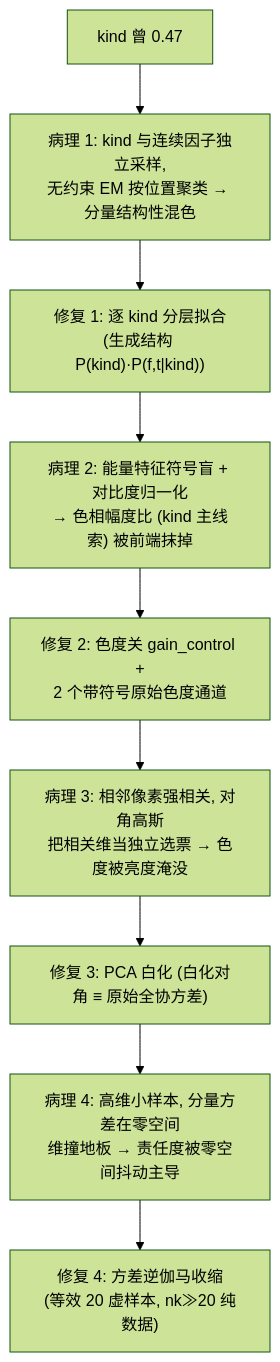
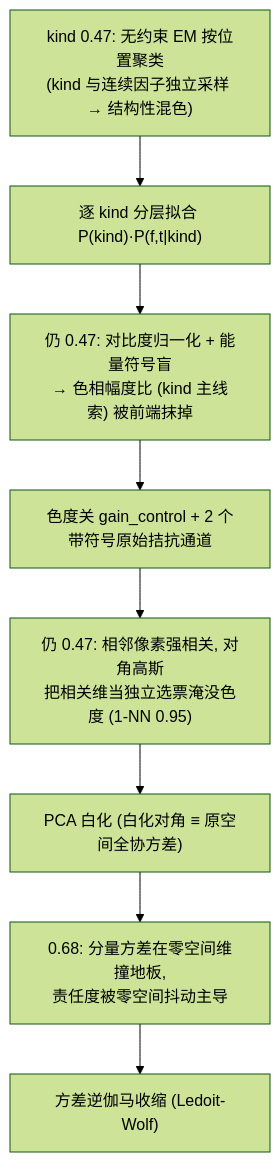
The second of 4 diagrams in docs/architecture.md (aki-xavier/conger), drawn with Mermaid (forest theme) before and after one commit. The commit also changed other lines of this file and 8 other files, not shown here.

````diff
--- a/docs/architecture.md
+++ b/docs/architecture.md
@@ -39,11 +43,11 @@
 ```mermaid
 flowchart TD
-    Q1["kind 曾 0.47"] --> A1["病理 1: kind 与连续因子独立采样,<br/>无约束 EM 按位置聚类 → 分量结构性混色"]
-    A1 --> F1["修复 1: 逐 kind 分层拟合<br/>(生成结构 P(kind)·P(f,t|kind))"]
-    F1 --> A2["病理 2: 能量特征符号盲 + 对比度归一化<br/>→ 色相幅度比 (kind 主线索) 被前端抹掉"]
-    A2 --> F2["修复 2: 色度关 gain_control +<br/>2 个带符号原始色度通道"]
-    F2 --> A3["病理 3: 相邻像素强相关, 对角高斯<br/>把相关维当独立选票 → 色度被亮度淹没"]
-    A3 --> F3["修复 3: PCA 白化 (白化对角 ≡ 原始全协方差)"]
-    F3 --> A4["病理 4: 高维小样本, 分量方差在零空间<br/>维撞地板 → 责任度被零空间抖动主导"]
-    A4 --> F4["修复 4: 方差逆伽马收缩<br/>(等效 20 虚样本, nk≫20 纯数据)"]
+    A1["kind 0.47: 无约束 EM 按位置聚类<br/>(kind 与连续因子独立采样 → 结构性混色)"]
+    --> F1["逐 kind 分层拟合 P(kind)·P(f,t|kind)"]
+    F1 --> A2["仍 0.47: 对比度归一化 + 能量符号盲<br/>→ 色相幅度比 (kind 主线索) 被前端抹掉"]
+    A2 --> F2["色度关 gain_control + 2 个带符号原始拮抗通道"]
+    F2 --> A3["仍 0.47: 相邻像素强相关, 对角高斯<br/>把相关维当独立选票淹没色度 (1-NN 0.95)"]
+    A3 --> F3["PCA 白化 (白化对角 ≡ 原空间全协方差)"]
+    F3 --> A4["0.68: 分量方差在零空间维撞地板,<br/>责任度被零空间抖动主导"]
+    A4 --> F4["方差逆伽马收缩 (Ledoit-Wolf)"]
 ```
````
